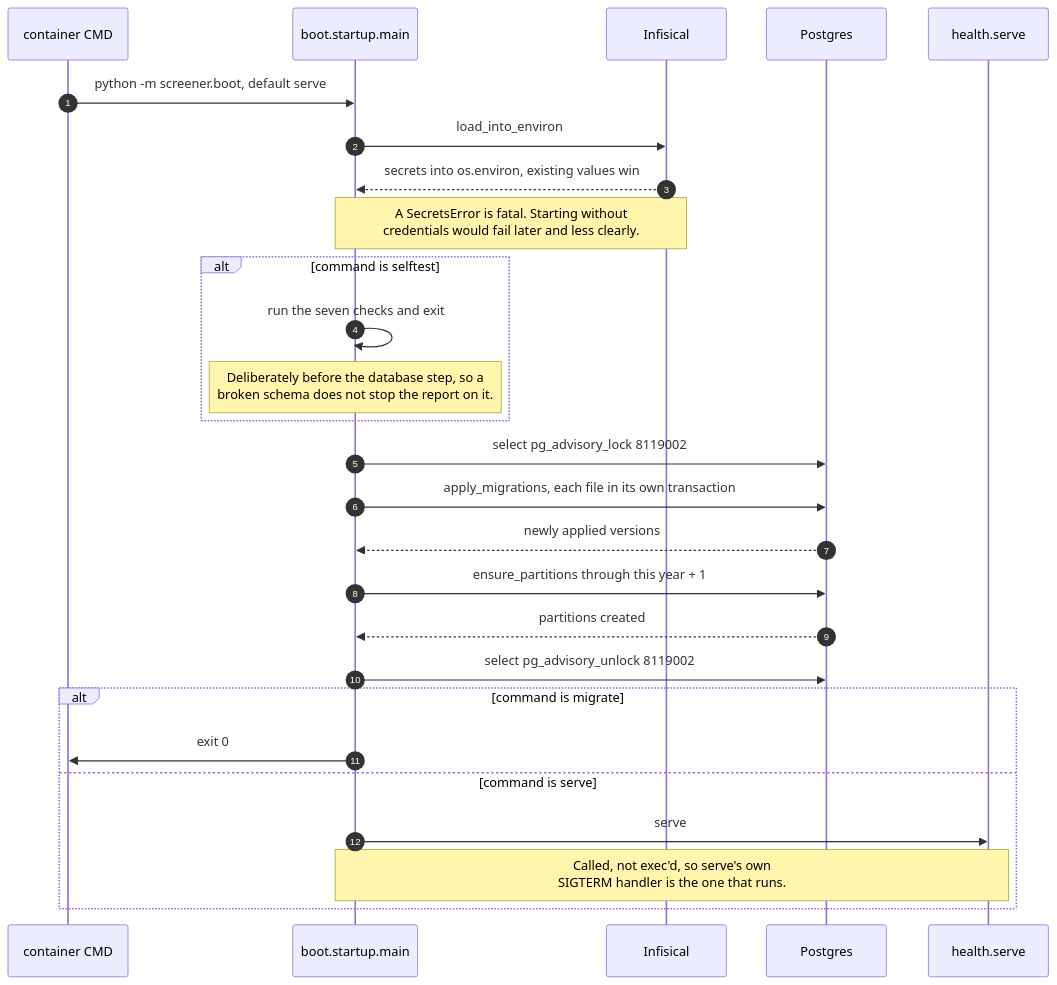
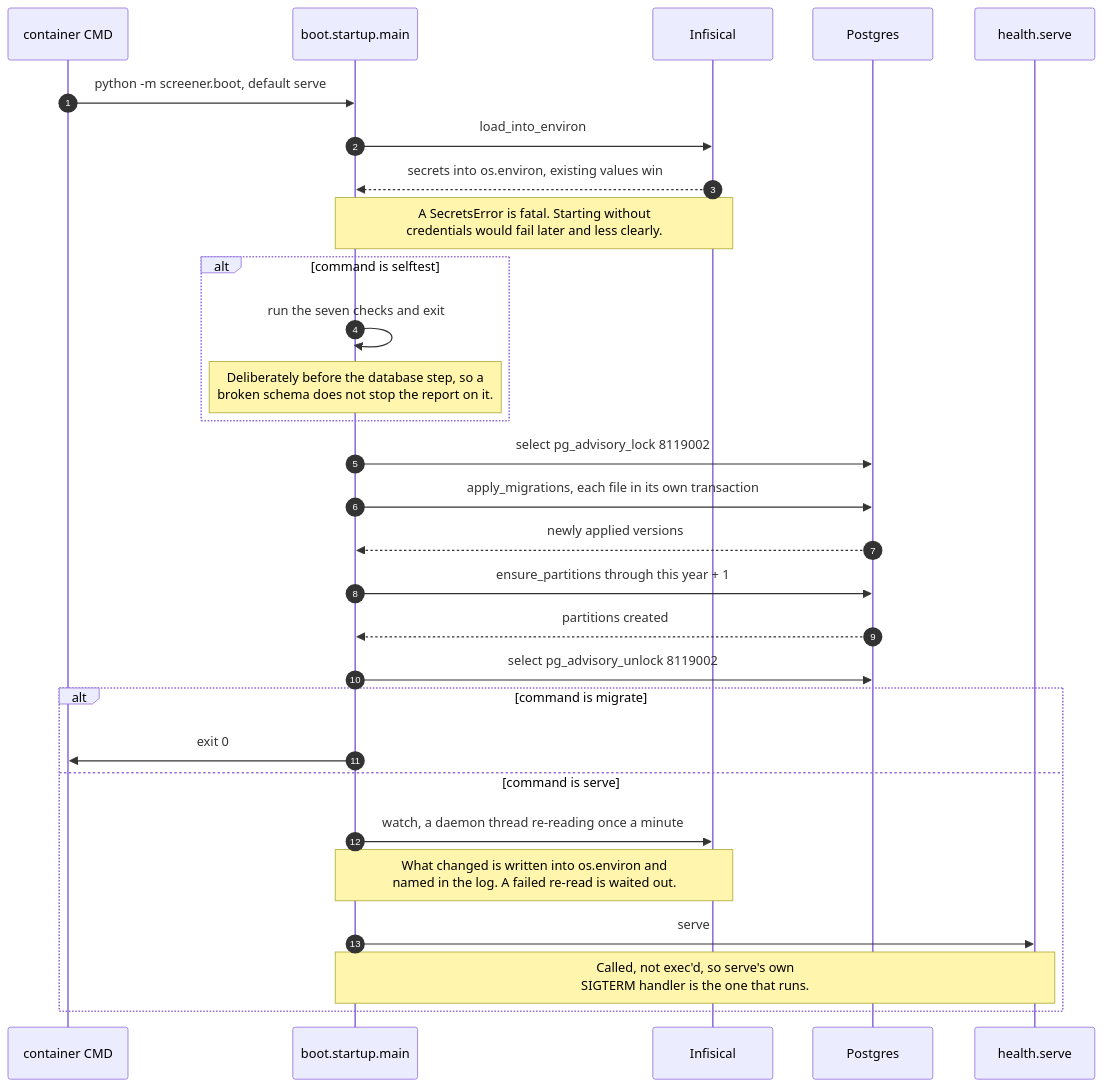
One commit to D1K03/stock-aggregator changed diagram 12 of 15 in docs/architecture.md. Above: the diagram before and after it, drawn with Mermaid. The commit also changed other lines of this file and 19 other files, not shown here.

````diff
--- a/docs/architecture.md
+++ b/docs/architecture.md
@@ -901,33 +901,35 @@
 ```mermaid
 sequenceDiagram
     autonumber
     participant C as container CMD
     participant B as boot.startup.main
     participant I as Infisical
     participant P as Postgres
     participant S as health.serve
 
     C->>B: python -m screener.boot, default serve
     B->>I: load_into_environ
     I-->>B: secrets into os.environ, existing values win
     Note over B,I: A SecretsError is fatal. Starting without<br/>credentials would fail later and less clearly.
 
     alt command is selftest
         B->>B: run the seven checks and exit
         Note over B: Deliberately before the database step, so a<br/>broken schema does not stop the report on it.
     end
 
     B->>P: select pg_advisory_lock 8119002
     B->>P: apply_migrations, each file in its own transaction
     P-->>B: newly applied versions
     B->>P: ensure_partitions through this year + 1
     P-->>B: partitions created
     B->>P: select pg_advisory_unlock 8119002
 
     alt command is migrate
         B->>C: exit 0
     else command is serve
+        B->>I: watch, a daemon thread re-reading once a minute
+        Note over B,I: What changed is written into os.environ and<br/>named in the log. A failed re-read is waited out.
         B->>S: serve
         Note over B,S: Called, not exec'd, so serve's own<br/>SIGTERM handler is the one that runs.
     end
 ```
````
